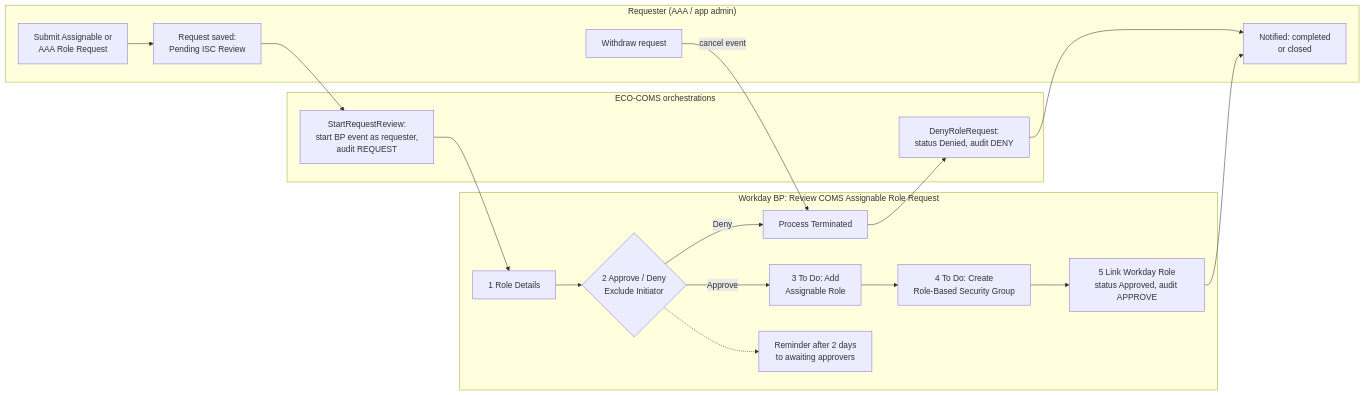
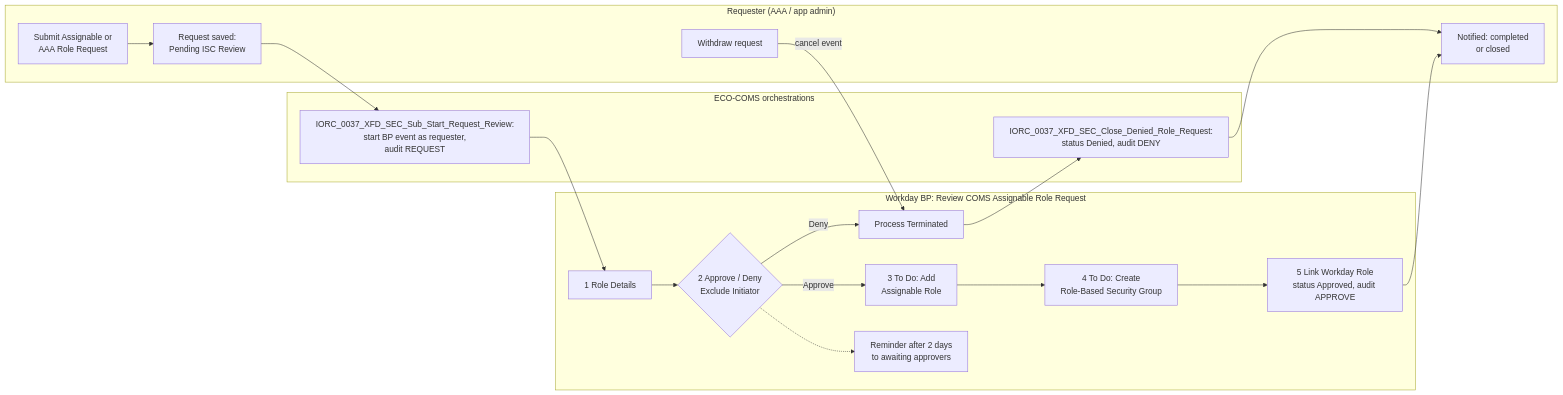
One commit to crismwan/ECO-COMS-Extend-App changed the diagram in docs/confluence/diagrams/bp.mmd. Above: the diagram before and after it, drawn with Mermaid. The commit also changed 88 other files, not shown here.

```diff
--- a/docs/confluence/diagrams/bp.mmd
+++ b/docs/confluence/diagrams/bp.mmd
@@ -1,21 +1,21 @@
 flowchart LR
   subgraph REQ["Requester (AAA / app admin)"]
     R1[Submit Assignable or<br/>AAA Role Request] --> R2[Request saved:<br/>Pending ISC Review]
     R9[Notified: completed<br/>or closed]
     RW[Withdraw request] 
   end
   subgraph COMS["ECO-COMS orchestrations"]
-    C1[StartRequestReview:<br/>start BP event as requester,<br/>audit REQUEST]
-    C2[DenyRoleRequest:<br/>status Denied, audit DENY]
+    C1[IORC_0037_XFD_SEC_Sub_Start_Request_Review:<br/>start BP event as requester,<br/>audit REQUEST]
+    C2[IORC_0037_XFD_SEC_Close_Denied_Role_Request:<br/>status Denied, audit DENY]
   end
   subgraph BP["Workday BP: Review COMS Assignable Role Request"]
     B1[1 Role Details] --> B2{2 Approve / Deny<br/>Exclude Initiator}
     B2 -- Approve --> B3[3 To Do: Add<br/>Assignable Role] --> B4[4 To Do: Create<br/>Role-Based Security Group] --> B5[5 Link Workday Role<br/>status Approved, audit APPROVE]
     B2 -- Deny --> BX[Process Terminated]
     BR[Reminder after 2 days<br/>to awaiting approvers]
   end
   R2 --> C1 --> B1
   B5 --> R9
   BX --> C2 --> R9
   RW -->|cancel event| BX
   B2 -.-> BR
```
